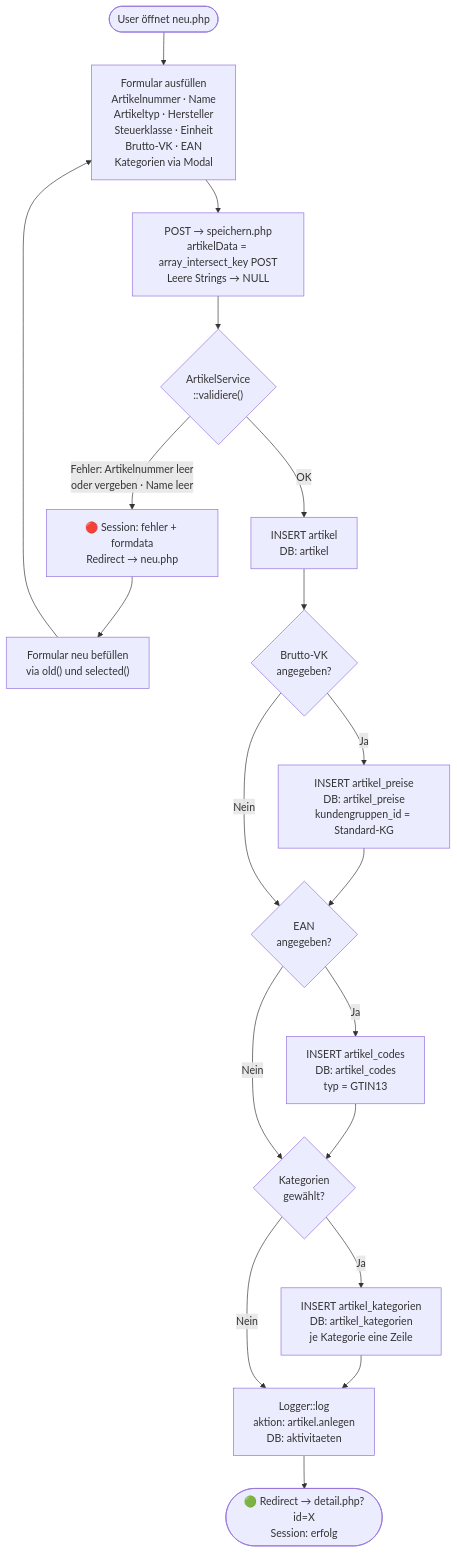
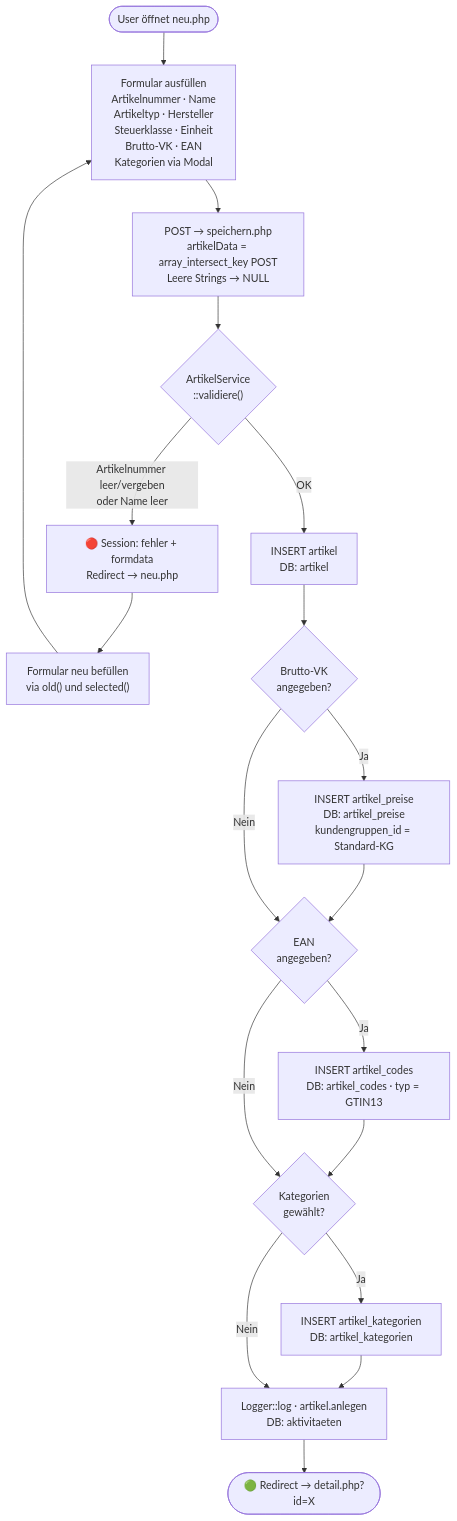
One commit to Kindra2804/mealana-erp changed the first of 15 diagrams in docs/workflows/artikel_workflows.md. Above: the diagram before and after it, drawn with Mermaid. The commit also changed other lines of this file, not shown here.

Commit message:
docs: Artikel-Workflows komplett — alle 12 Workflows mit Mermaid

````diff
--- a/docs/workflows/artikel_workflows.md
+++ b/docs/workflows/artikel_workflows.md
@@ -28,31 +44,28 @@
 ```mermaid
 flowchart TD
     START(["User öffnet neu.php"])
     FORM["Formular ausfüllen<br/>Artikelnummer · Name<br/>Artikeltyp · Hersteller<br/>Steuerklasse · Einheit<br/>Brutto-VK · EAN<br/>Kategorien via Modal"]
     POST["POST → speichern.php<br/>artikelData = array_intersect_key POST<br/>Leere Strings → NULL"]
     VALID{"ArtikelService<br/>::validiere()"}
     ERR["🔴 Session: fehler + formdata<br/>Redirect → neu.php"]
     REPOP["Formular neu befüllen<br/>via old() und selected()"]
     INS_ART["INSERT artikel<br/>DB: artikel"]
     CHK_PREIS{"Brutto-VK<br/>angegeben?"}
     INS_PREIS["INSERT artikel_preise<br/>DB: artikel_preise<br/>kundengruppen_id = Standard-KG"]
     CHK_EAN{"EAN<br/>angegeben?"}
-    INS_EAN["INSERT artikel_codes<br/>DB: artikel_codes<br/>typ = GTIN13"]
+    INS_EAN["INSERT artikel_codes<br/>DB: artikel_codes · typ = GTIN13"]
     CHK_KAT{"Kategorien<br/>gewählt?"}
-    INS_KAT["INSERT artikel_kategorien<br/>DB: artikel_kategorien<br/>je Kategorie eine Zeile"]
-    LOG["Logger::log<br/>aktion: artikel.anlegen<br/>DB: aktivitaeten"]
-    END(["🟢 Redirect → detail.php?id=X<br/>Session: erfolg"])
+    INS_KAT["INSERT artikel_kategorien<br/>DB: artikel_kategorien"]
+    LOG["Logger::log · artikel.anlegen<br/>DB: aktivitaeten"]
+    END(["🟢 Redirect → detail.php?id=X"])
 
     START --> FORM --> POST --> VALID
-    VALID -->|"Fehler: Artikelnummer leer<br/>oder vergeben · Name leer"| ERR
-    ERR --> REPOP --> FORM
-    VALID -->|OK| INS_ART
-    INS_ART --> CHK_PREIS
+    VALID -->|"Artikelnummer leer/vergeben<br/>oder Name leer"| ERR --> REPOP --> FORM
+    VALID -->|OK| INS_ART --> CHK_PREIS
     CHK_PREIS -->|Ja| INS_PREIS --> CHK_EAN
     CHK_PREIS -->|Nein| CHK_EAN
     CHK_EAN -->|Ja| INS_EAN --> CHK_KAT
     CHK_EAN -->|Nein| CHK_KAT
     CHK_KAT -->|Ja| INS_KAT --> LOG
-    CHK_KAT -->|Nein| LOG
-    LOG --> END
+    CHK_KAT -->|Nein| LOG --> END
 ```
````
